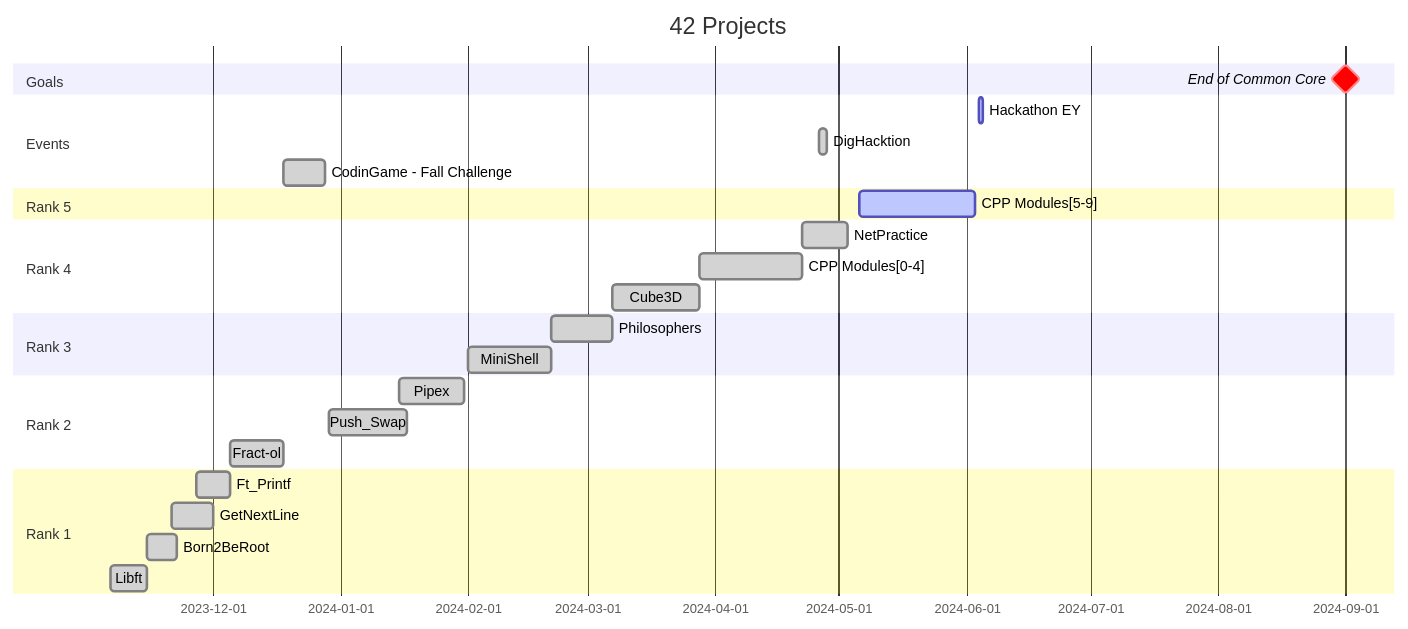
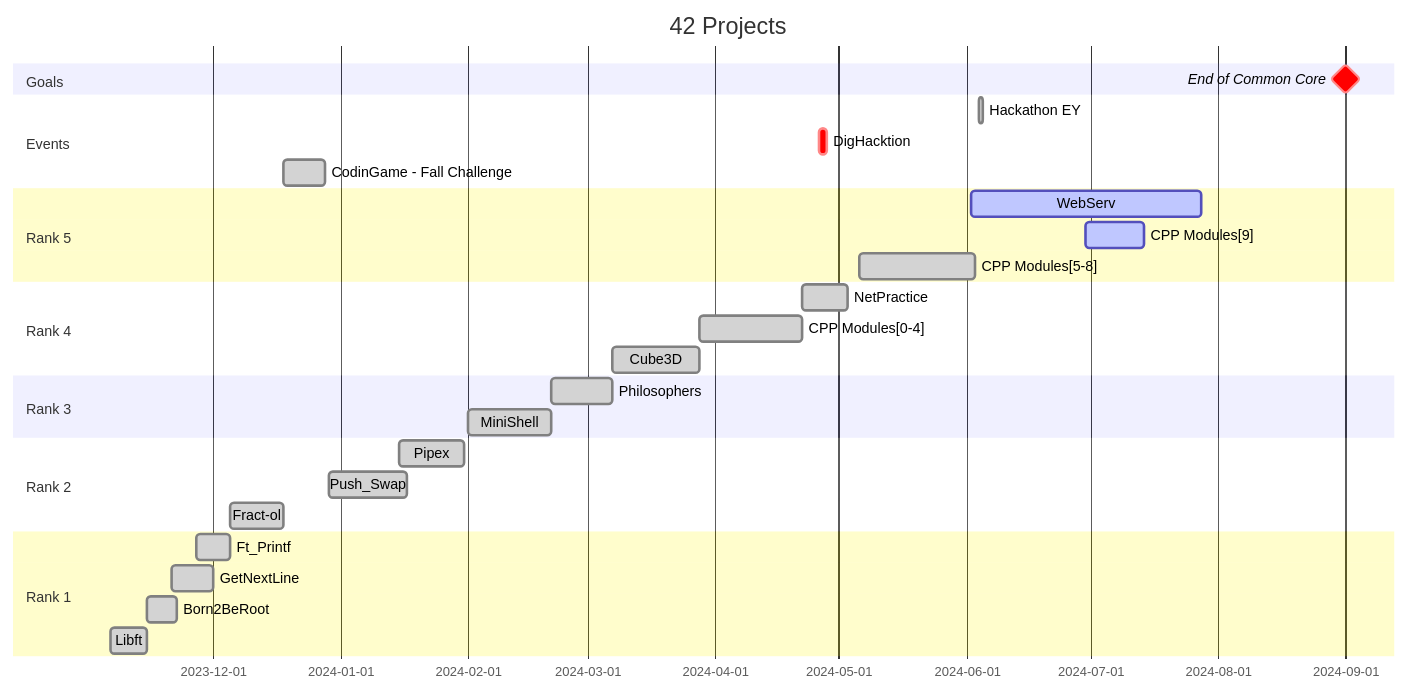
Before and after one commit to Tablerase/42_Projects: the diagram in README.md, drawn with Mermaid.

Commit message:
feat: Add submodule for Webserv-Wiki and Update main timeline

````diff
--- a/README.md
+++ b/README.md
@@ -70,36 +70,38 @@
 ```mermaid
 gantt
     title 42 Projects
     dateFormat  YYYY-MM-DD
 
     section Goals
     End of Common Core : milestone, crit, m1, 2024-09-01, 1m
 
     section Events
-    Hackathon EY : active, 2024-06-04, 2024-06-05
-    DigHacktion : done, 2024-04-26, 2024-04-28
+    Hackathon EY : done, 2024-06-04, 2024-06-05
+    DigHacktion : crit, 2024-04-26, 2024-04-28
     CodinGame - Fall Challenge : done, 2023-12-18, 2023-12-28
 
     section Rank 5
-    CPP Modules[5-9] : active, 2024-05-06, 4w
+    WebServ : active, 2024-06-02, 8w
+    CPP Modules[9] : active, 2024-06-30, 2w
+    CPP Modules[5-8] : done, 2024-05-06, 4w
 
     section Rank 4
     NetPractice : done, 2024-04-22, 2024-05-03
     CPP Modules[0-4] : done, 2024-03-28, 2024-04-22
     Cube3D :done, 2024-03-07, 2024-03-28
   
     section Rank 3
     Philosophers :done, 2024-02-21, 2024-03-07
     MiniShell :done, 2024-02-01, 2024-02-21
 
     section Rank 2
     Pipex :done, 2024-01-15, 2024-01-31
     Push_Swap :done, 2023-12-29, 2024-01-17
     Fract-ol :done, 2023-12-05, 2023-12-18
 
     section Rank 1
     Ft_Printf :done, 2023-11-27, 2023-12-05
     GetNextLine :done, 2023-11-21, 2023-12-01
     Born2BeRoot :done, 2023-11-15, 2023-11-22
     Libft :done, 2023-11-06, 2023-11-15
 ```
````
